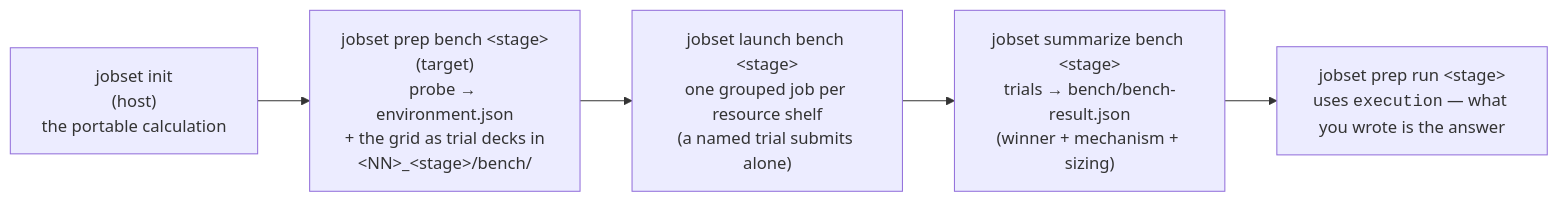
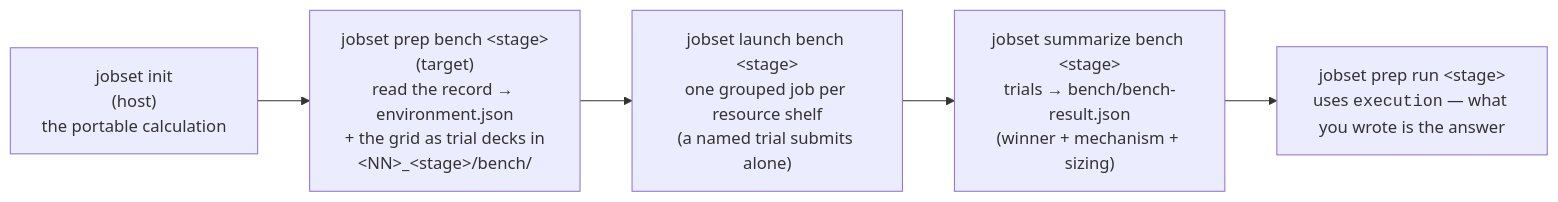
One commit to Qing-LAB/molbuilder changed the ninth of 9 diagrams in docs/execution/job-system.md. Above: the diagram before and after it, drawn with Mermaid. The commit also changed other lines of this file and 17 other files, not shown here.

````diff
--- a/docs/execution/job-system.md
+++ b/docs/execution/job-system.md
@@ -1200,9 +1220,9 @@
 ```mermaid
 flowchart LR
     D["jobset init<br/>(host)<br/>the portable calculation"]
-    P["jobset prep bench &lt;stage&gt;<br/>(target)<br/>probe → environment.json<br/>+ the grid as trial decks in<br/>&lt;NN&gt;_&lt;stage&gt;/bench/"]
+    P["jobset prep bench &lt;stage&gt;<br/>(target)<br/>read the record → environment.json<br/>+ the grid as trial decks in<br/>&lt;NN&gt;_&lt;stage&gt;/bench/"]
     R["jobset launch bench &lt;stage&gt;<br/>one grouped job per resource shelf<br/>(a named trial submits alone)"]
     S["jobset summarize bench &lt;stage&gt;<br/>trials → bench/bench-result.json<br/>(winner + mechanism + sizing)"]
     PR["jobset prep run &lt;stage&gt;<br/>uses <code>execution</code> — what you wrote is the answer"]
     D --> P --> R --> S --> PR
 ```
````
